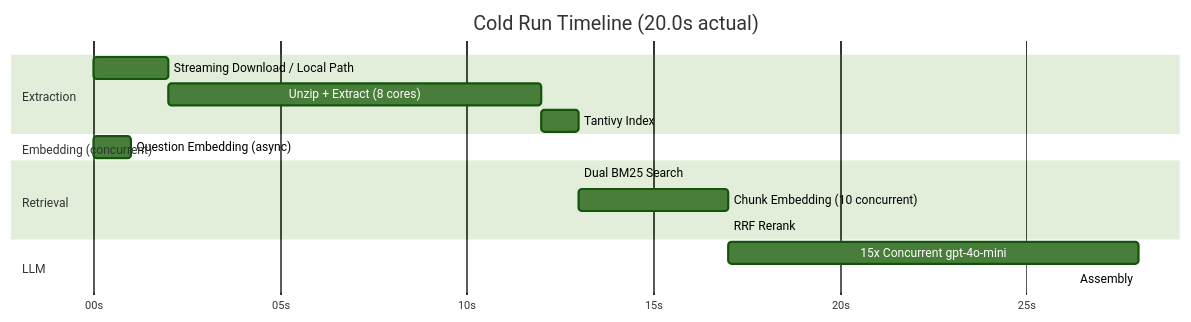
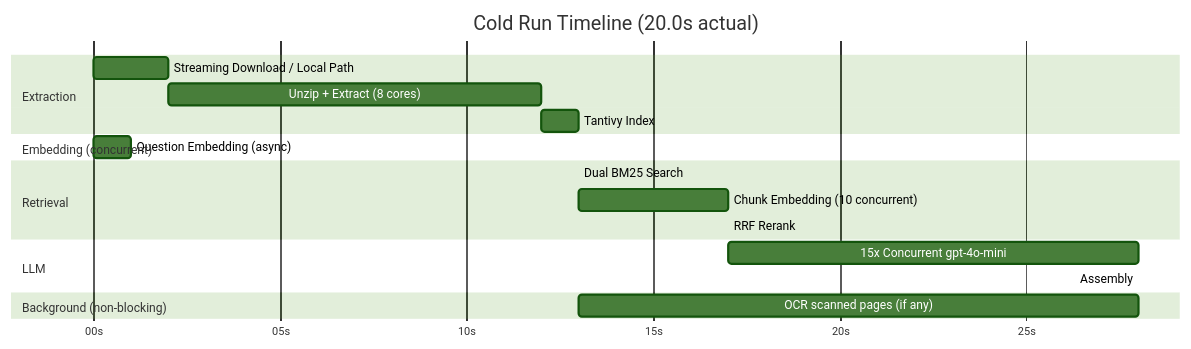
Before and after one commit to trident4/Lucio_Challenge: the second of 2 diagrams in docs/pipeline_deep_dive.md, drawn with Mermaid (forest theme). The commit also changed other lines of this file and 16 other files, not shown here.

````diff
--- a/docs/pipeline_deep_dive.md
+++ b/docs/pipeline_deep_dive.md
@@ -106,19 +119,21 @@
 ```mermaid
 gantt
     title Cold Run Timeline (20.0s actual)
     dateFormat ss
     axisFormat %Ss
     section Extraction
     Streaming Download / Local Path : 00, 02
     Unzip + Extract (8 cores)       : 02, 12
     Tantivy Index                   : 12, 13
     section Embedding (concurrent)
     Question Embedding (async)      : 00, 01
     section Retrieval
     Dual BM25 Search                : 13, 13
     Chunk Embedding (10 concurrent) : 13, 17
     RRF Rerank                      : 17, 17
     section LLM
     15x Concurrent gpt-4o-mini      : 17, 28
     Assembly                        : 28, 28
+    section Background (non-blocking)
+    OCR scanned pages (if any)      : 13, 28
 ```
````
